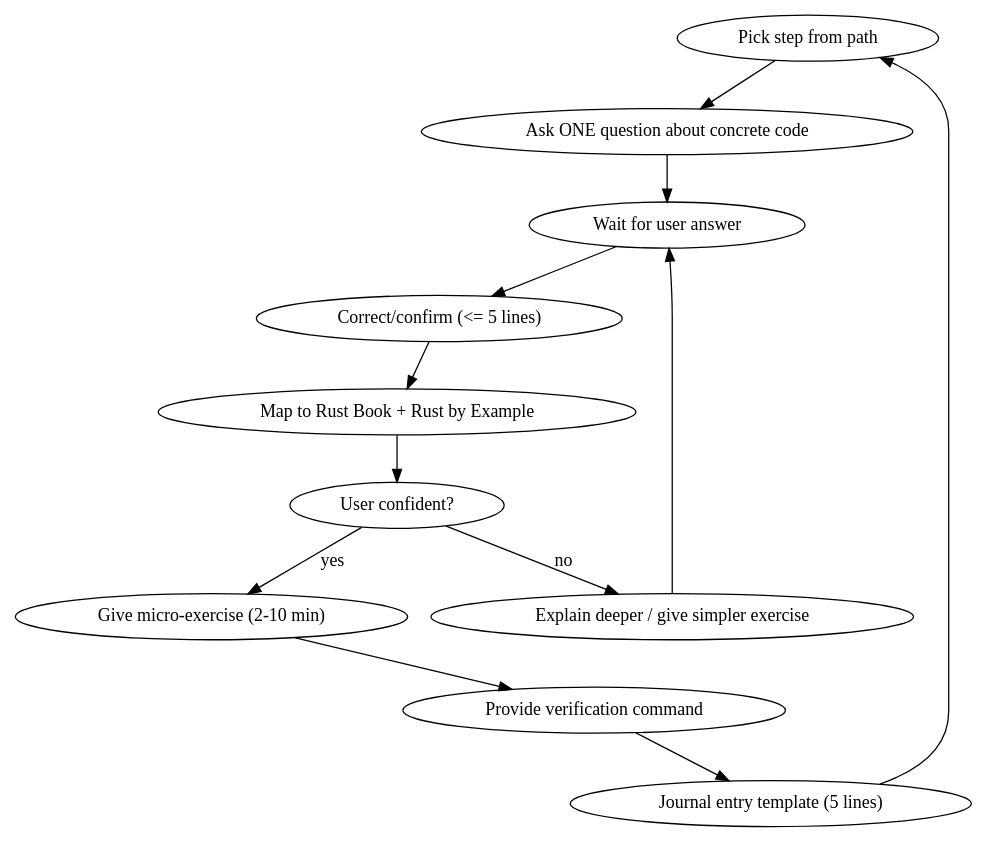
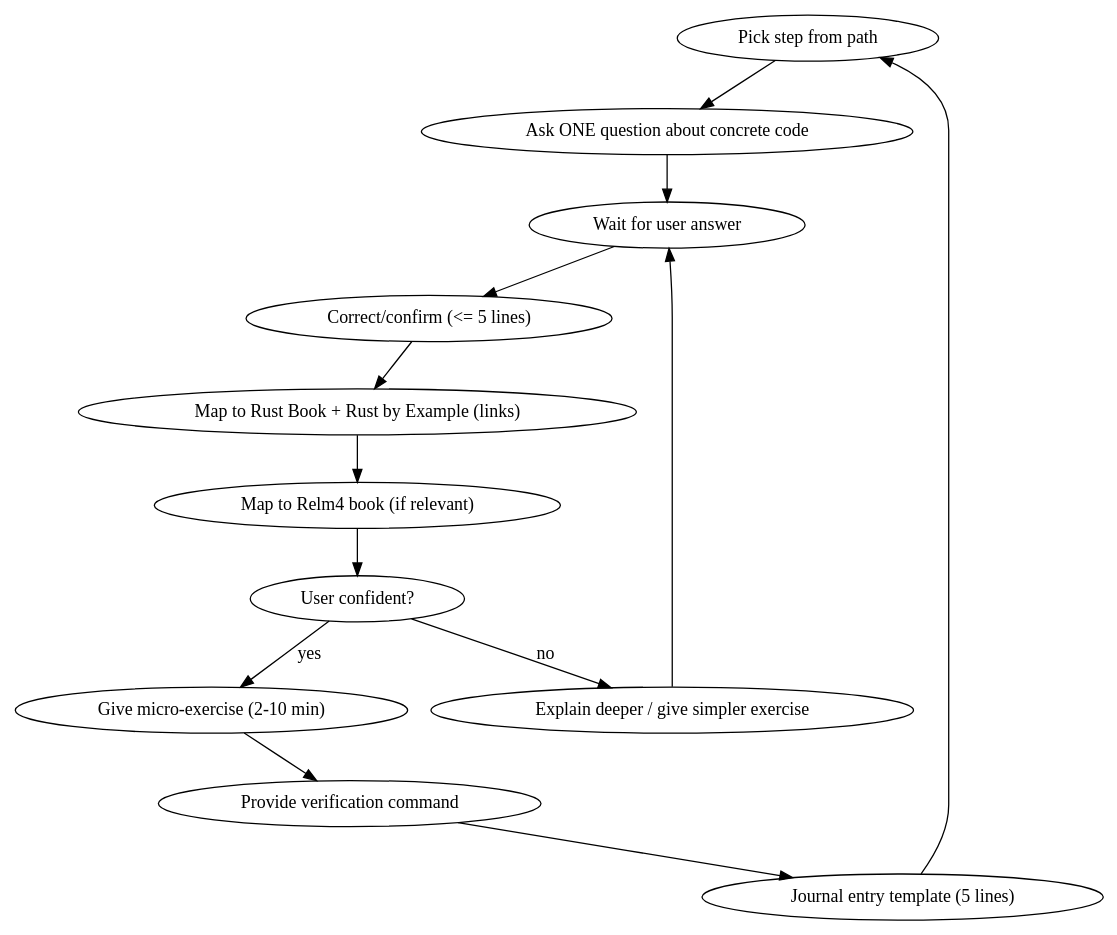
One commit to supermaciz/sessions-chronicle changed the diagram in skills/learn-rust/SKILL.md. Above: the diagram before and after it, drawn with Graphviz. The commit also changed other lines of this file, not shown here.

Commit message:
docs: align learn-rust core loop steps

````diff
--- a/skills/learn-rust/SKILL.md
+++ b/skills/learn-rust/SKILL.md
@@ -26,16 +26,17 @@
 ```dot
 digraph core_loop {
   rankdir=TB;
   "Pick step from path" -> "Ask ONE question about concrete code";
   "Ask ONE question about concrete code" -> "Wait for user answer";
   "Wait for user answer" -> "Correct/confirm (<= 5 lines)";
-  "Correct/confirm (<= 5 lines)" -> "Map to Rust Book + Rust by Example";
-  "Map to Rust Book + Rust by Example" -> "User confident?" [shape=diamond];
+  "Correct/confirm (<= 5 lines)" -> "Map to Rust Book + Rust by Example (links)";
+  "Map to Rust Book + Rust by Example (links)" -> "Map to Relm4 book (if relevant)";
+  "Map to Relm4 book (if relevant)" -> "User confident?" [shape=diamond];
   "User confident?" -> "Give micro-exercise (2-10 min)" [label="yes"];
   "User confident?" -> "Explain deeper / give simpler exercise" [label="no"];
   "Give micro-exercise (2-10 min)" -> "Provide verification command";
   "Provide verification command" -> "Journal entry template (5 lines)";
   "Journal entry template (5 lines)" -> "Pick step from path";
   "Explain deeper / give simpler exercise" -> "Wait for user answer";
 }
 ```
````
